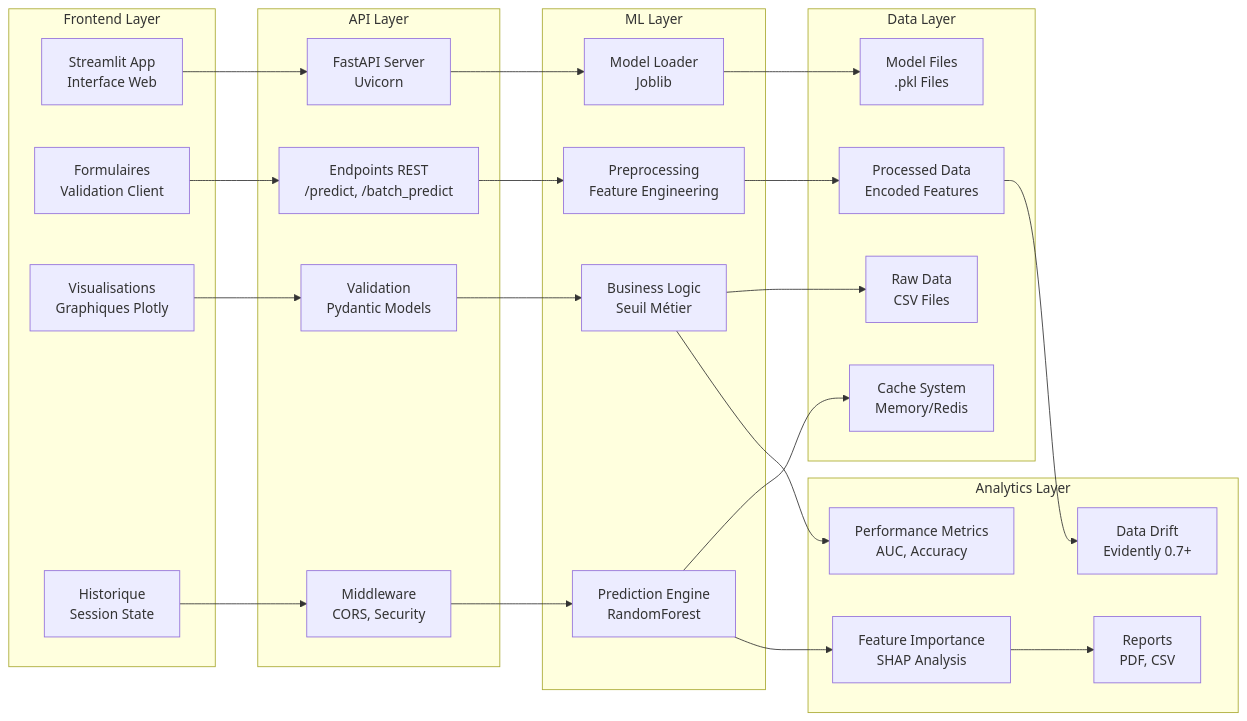
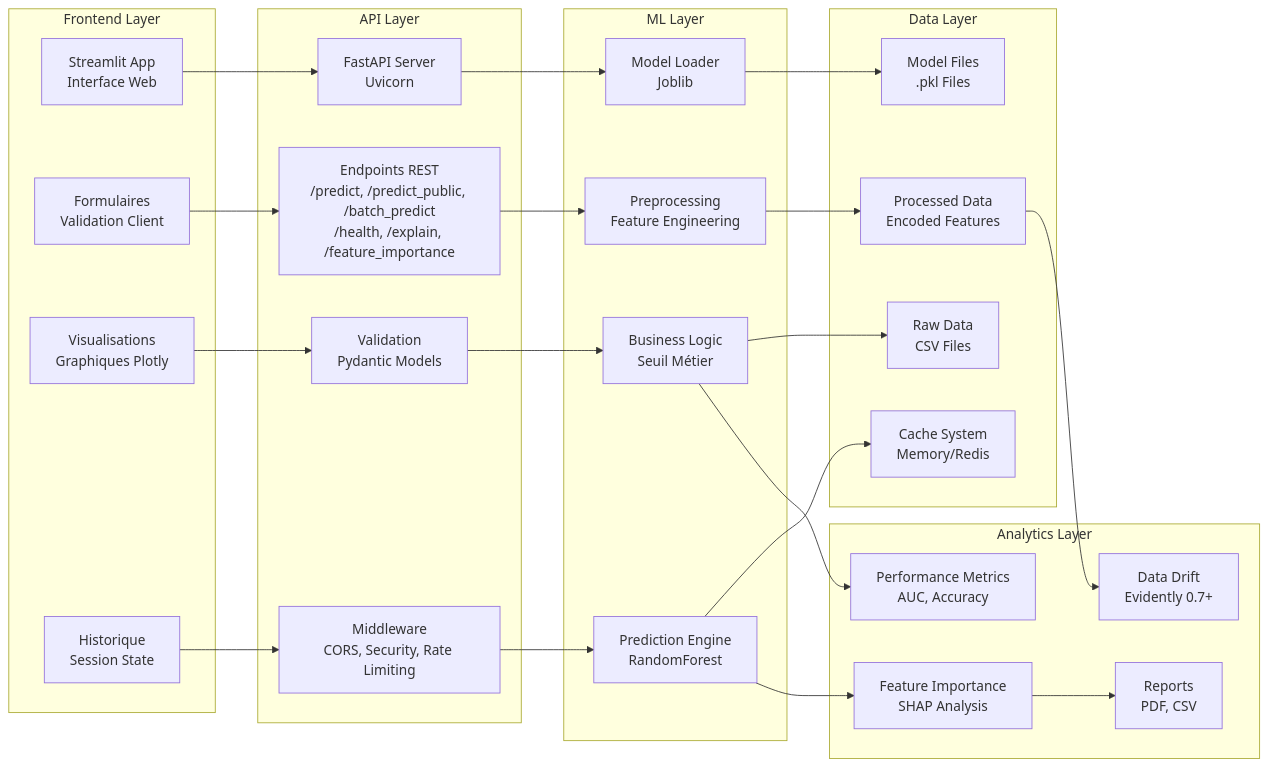
The fourth of 5 diagrams in docs/architecture/ARCHITECTURE.md (Vorkel/mn-opc-7025), drawn with Mermaid before and after one commit. The commit also changed other lines of this file and 6 other files, not shown here.

````diff
--- a/docs/architecture/ARCHITECTURE.md
+++ b/docs/architecture/ARCHITECTURE.md
@@ -130,61 +176,61 @@
 ```mermaid
 graph LR
     subgraph "Frontend Layer"
         A1[Streamlit App<br/>Interface Web]
         A2[Formulaires<br/>Validation Client]
         A3[Visualisations<br/>Graphiques Plotly]
         A4[Historique<br/>Session State]
     end
 
     subgraph "API Layer"
         B1[FastAPI Server<br/>Uvicorn]
-        B2[Endpoints REST<br/>/predict, /batch_predict]
-        B3[Middleware<br/>CORS, Security]
+        B2[Endpoints REST<br/>/predict, /predict_public, /batch_predict<br/>/health, /explain, /feature_importance]
+        B3[Middleware<br/>CORS, Security, Rate Limiting]
         B4[Validation<br/>Pydantic Models]
     end
 
     subgraph "ML Layer"
         C1[Model Loader<br/>Joblib]
         C2[Preprocessing<br/>Feature Engineering]
         C3[Prediction Engine<br/>RandomForest]
         C4[Business Logic<br/>Seuil Métier]
     end
 
     subgraph "Data Layer"
         D1[Raw Data<br/>CSV Files]
         D2[Processed Data<br/>Encoded Features]
         D3[Model Files<br/>.pkl Files]
         D4[Cache System<br/>Memory/Redis]
     end
 
     subgraph "Analytics Layer"
         E1[Feature Importance<br/>SHAP Analysis]
         E2[Performance Metrics<br/>AUC, Accuracy]
         E3[Data Drift<br/>Evidently 0.7+]
         E4[Reports<br/>PDF, CSV]
     end
 
     %% Connexions Frontend-API
     A1 --> B1
     A2 --> B2
     A3 --> B4
     A4 --> B3
 
     %% Connexions API-ML
     B1 --> C1
     B2 --> C2
     B3 --> C3
     B4 --> C4
 
     %% Connexions ML-Data
     C1 --> D3
     C2 --> D2
     C3 --> D4
     C4 --> D1
 
     %% Connexions Analytics
     C3 --> E1
     C4 --> E2
     D2 --> E3
     E1 --> E4
 ```
````
